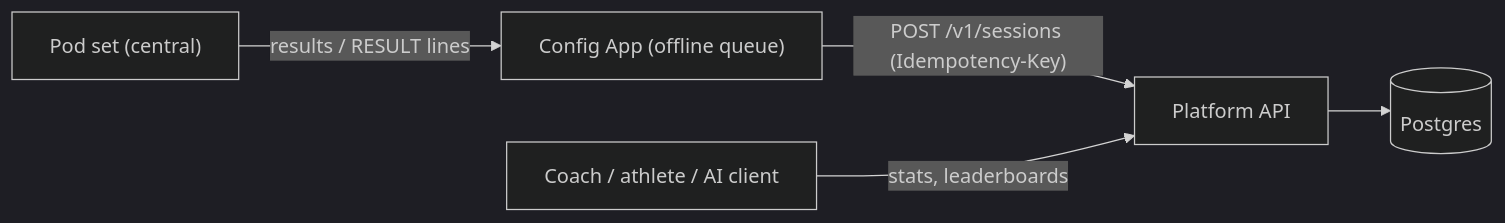
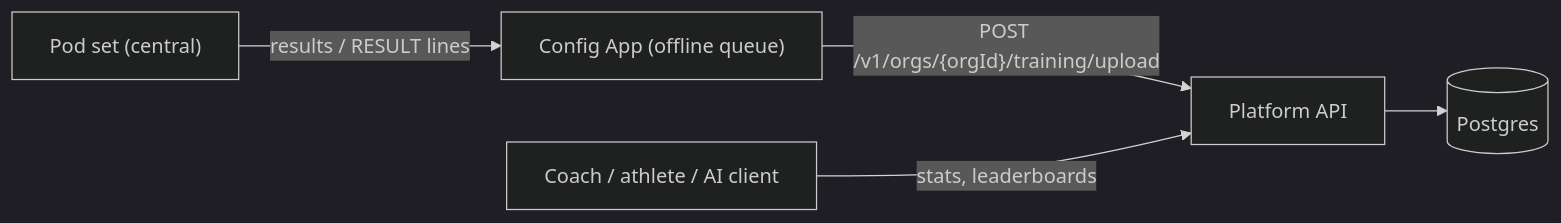
Before and after one commit to RunningJoke/reactionButton: the first of 4 diagrams in docs/platform/spec.md, drawn with Mermaid (dark theme). The commit also changed other lines of this file and 45 other files, not shown here.

First line of the commit message:
Sprint 6: training view for several sets, BLE live client, platform leftovers (#76)

````diff
--- a/docs/platform/spec.md
+++ b/docs/platform/spec.md
@@ -184,7 +184,7 @@
 ```mermaid
 flowchart LR
     POD["Pod set (central)"] -- "results / RESULT lines" --> APP["Config App (offline queue)"]
-    APP -- "POST /v1/sessions (Idempotency-Key)" --> API["Platform API"]
+    APP -- "POST /v1/orgs/{orgId}/training/upload" --> API["Platform API"]
     API --> DB[("Postgres")]
     COACH["Coach / athlete / AI client"] -- "stats, leaderboards" --> API
 ```
````
